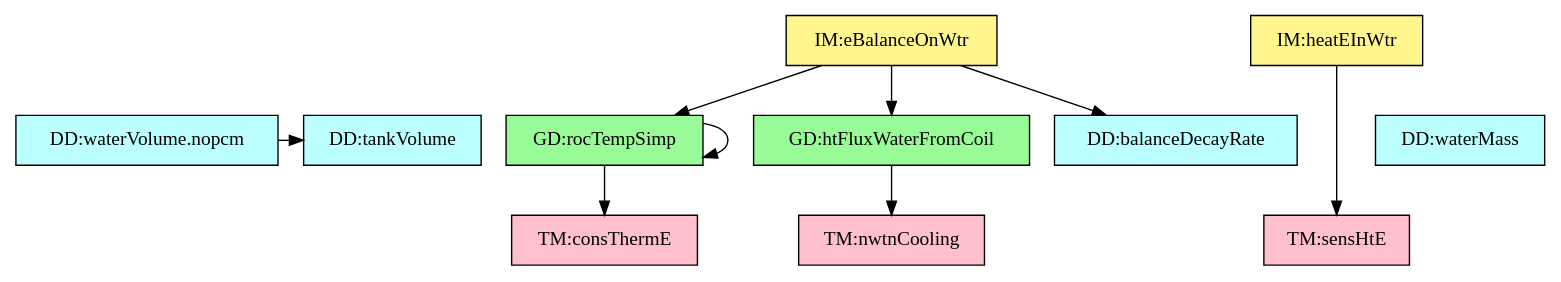
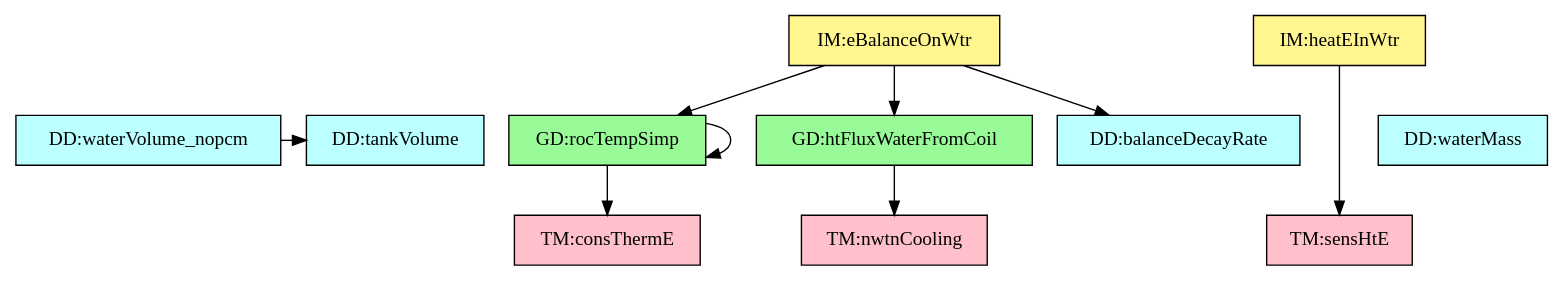
Before and after one commit to JacquesCarette/Drasil: the diagram in code/stable/swhsnopcm/TraceyGraph/refvsref.dot, drawn with Graphviz. The commit also changed 24 other files, not shown here.

```diff
--- a/code/stable/swhsnopcm/TraceyGraph/refvsref.dot
+++ b/code/stable/swhsnopcm/TraceyGraph/refvsref.dot
@@ -1,37 +1,37 @@
 digraph "refvsref" {
     "dataDefn:wVol" -> "dataDefn:tankVol";
     "theory:rocTempSimpRC" -> "theory:consThermECS";
     "theory:rocTempSimpRC" -> "theory:rocTempSimpRC";
     "theory:htFluxC" -> "theory:nwtnCoolingTM";
     "theory:eBalanceOnWtrRC" -> "dataDefn:tauW";
     "theory:eBalanceOnWtrRC" -> "theory:rocTempSimpRC";
     "theory:eBalanceOnWtrRC" -> "theory:htFluxC";
     "theory:heatEInWtrIM" -> "theory:sensHeat";
     "dataDefn:wMass" [shape=box, color=black, style=filled, fillcolor="paleturquoise1", label="DD:waterMass"];
-    "dataDefn:wVol" [shape=box, color=black, style=filled, fillcolor="paleturquoise1", label="DD:waterVolume.nopcm"];
+    "dataDefn:wVol" [shape=box, color=black, style=filled, fillcolor="paleturquoise1", label="DD:waterVolume_nopcm"];
     "dataDefn:tankVol" [shape=box, color=black, style=filled, fillcolor="paleturquoise1", label="DD:tankVolume"];
     "dataDefn:tauW" [shape=box, color=black, style=filled, fillcolor="paleturquoise1", label="DD:balanceDecayRate"];
     subgraph "DD" {
         rank="same";
         "dataDefn:wMass" "dataDefn:wVol" "dataDefn:tankVol" "dataDefn:tauW";
     }
     "theory:consThermECS" [shape=box, color=black, style=filled, fillcolor="pink", label="TM:consThermE"];
     "theory:sensHeat" [shape=box, color=black, style=filled, fillcolor="pink", label="TM:sensHtE"];
     "theory:nwtnCoolingTM" [shape=box, color=black, style=filled, fillcolor="pink", label="TM:nwtnCooling"];
     subgraph "TM" {
         rank="same";
         "theory:consThermECS" "theory:sensHeat" "theory:nwtnCoolingTM";
     }
     "theory:rocTempSimpRC" [shape=box, color=black, style=filled, fillcolor="palegreen", label="GD:rocTempSimp"];
     "theory:htFluxC" [shape=box, color=black, style=filled, fillcolor="palegreen", label="GD:htFluxWaterFromCoil"];
     subgraph "GD" {
         rank="same";
         "theory:rocTempSimpRC" "theory:htFluxC";
     }
     "theory:eBalanceOnWtrRC" [shape=box, color=black, style=filled, fillcolor="khaki1", label="IM:eBalanceOnWtr"];
     "theory:heatEInWtrIM" [shape=box, color=black, style=filled, fillcolor="khaki1", label="IM:heatEInWtr"];
     subgraph "IM" {
         rank="same";
         "theory:eBalanceOnWtrRC" "theory:heatEInWtrIM";
     }
 }
```
